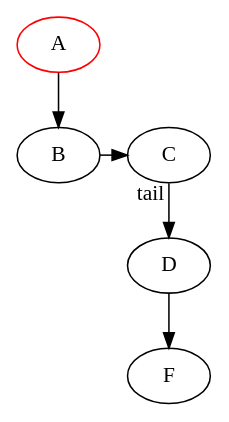
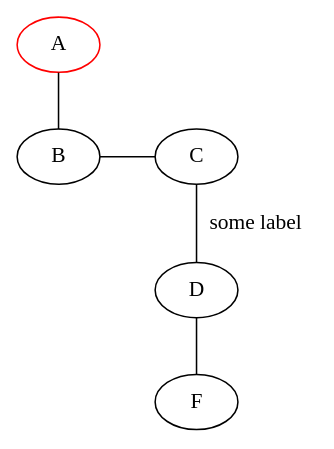
One commit to chericc/main changed the diagram in demos/grapgviz/eg1.dot. Above: the diagram before and after it, drawn with Graphviz. The commit also changed 8 other files, not shown here.

```diff
--- a/demos/grapgviz/eg1.dot
+++ b/demos/grapgviz/eg1.dot
@@ -1,13 +1,13 @@
-digraph
+graph
 {
     A [color = red]
-    A -> B
-    B -> C
-    C -> D [taillabel = "tail"]
-    D -> F
+    A -- B
+    B -- C
+    C -- D [label = "some label"]
+    D -- F
 
     subgraph
     {
         rank = same; B; C;
     }
 }
```
